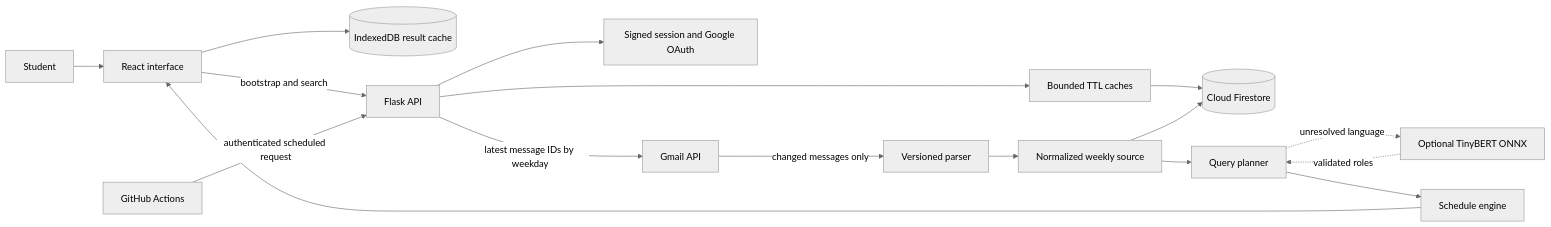
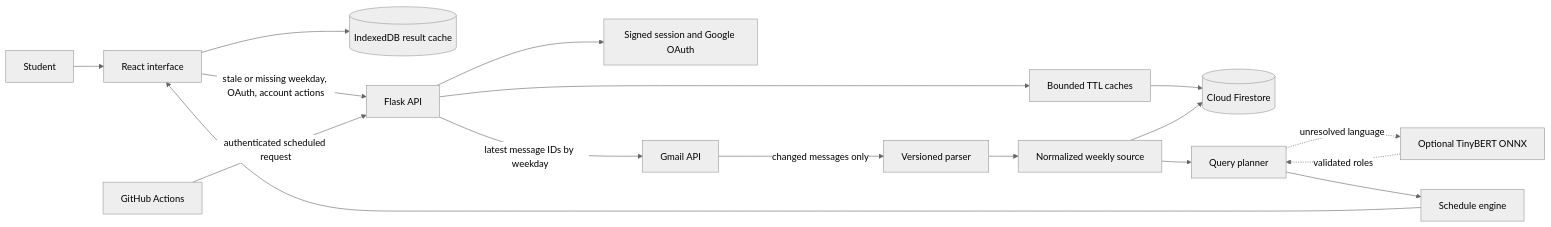
The diagram in docs/architecture/README.md (muneeb-anjum0/ClassWire), drawn with Mermaid (neutral theme) before and after one commit. The commit also changed other lines of this file and 21 other files, not shown here.

````diff
--- a/docs/architecture/README.md
+++ b/docs/architecture/README.md
@@ -7,22 +7,22 @@
 ```mermaid
 flowchart LR
   U[Student] --> UI[React interface]
   UI --> IDB[(IndexedDB result cache)]
-  UI -->|bootstrap and search| API[Flask API]
+  UI -->|stale or missing weekday, OAuth, account actions| API[Flask API]
 
   API --> AUTH[Signed session and Google OAuth]
   API --> CACHE[Bounded TTL caches]
   CACHE --> FS[(Cloud Firestore)]
 
   API -->|latest message IDs by weekday| GM[Gmail API]
   GM -->|changed messages only| PARSER[Versioned parser]
   PARSER --> NORMAL[Normalized weekly source]
   NORMAL --> FS
   NORMAL --> PLAN[Query planner]
   PLAN -. unresolved language .-> NLU[Optional TinyBERT ONNX]
   NLU -. validated roles .-> PLAN
   PLAN --> ENGINE[Schedule engine]
   ENGINE --> UI
 
   GH[GitHub Actions] -->|authenticated scheduled request| API
 ```
````
